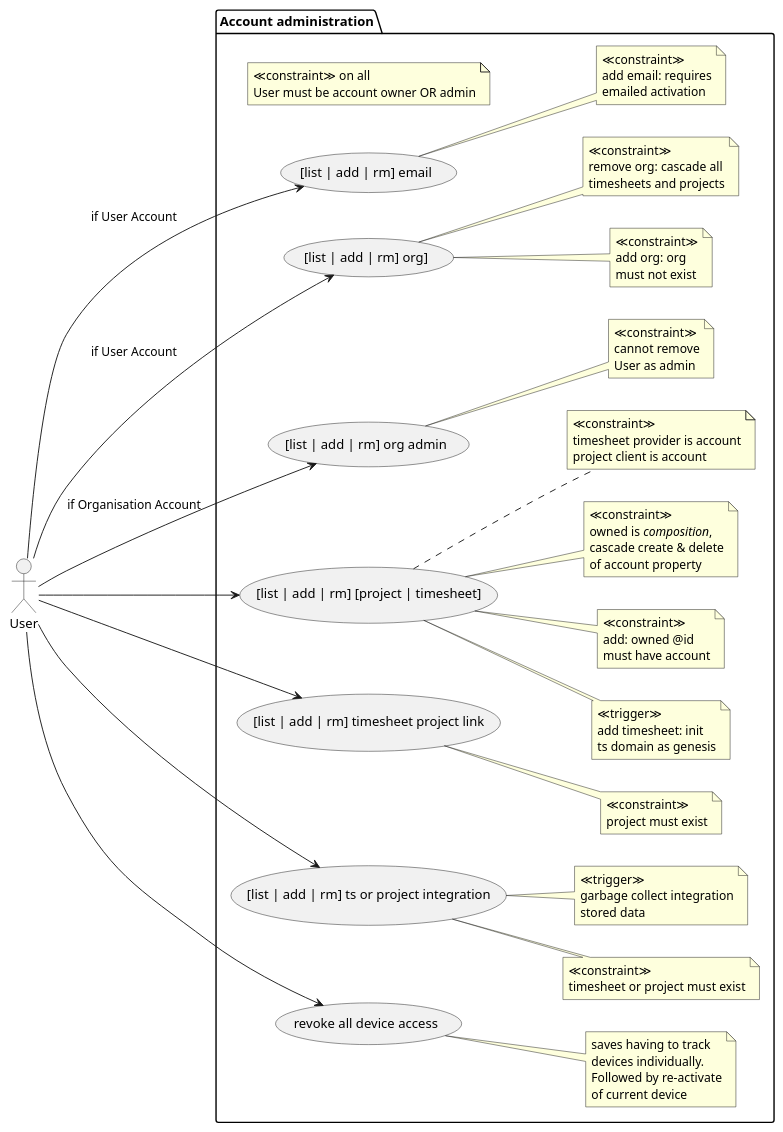
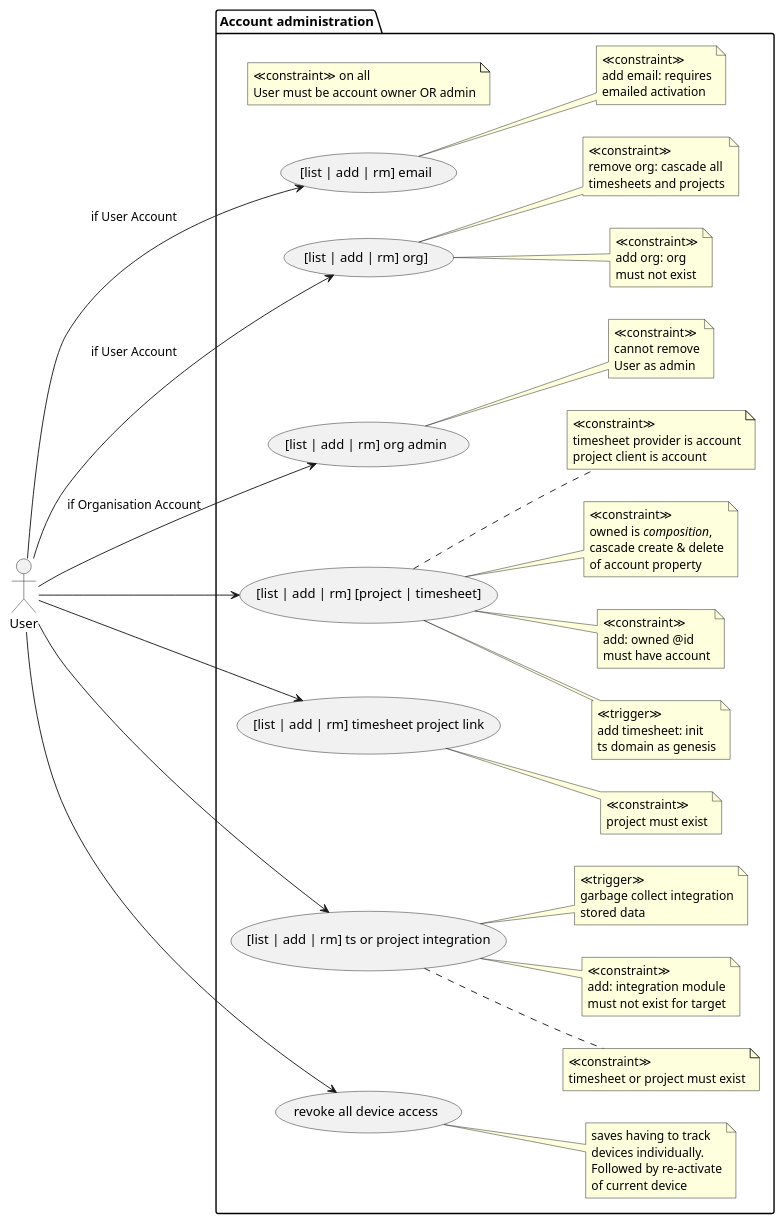
The diagram in architecture/use-case/administration.use-case.puml (m-ld/timeld), drawn with PlantUML before and after one commit. The commit also changed 9 other files, not shown here.

```diff
--- a/architecture/use-case/administration.use-case.puml
+++ b/architecture/use-case/administration.use-case.puml
@@ -1,90 +1,101 @@
 @startuml
 'https://plantuml.com/use-case-diagram
 left to right direction
 
 actor User
 package "Account administration" {
   note "≪constraint≫ on all\nUser must be account owner OR admin" as appliesToAll
 
   usecase userAdminEmail as ([list | add | rm] email)
   User --> userAdminEmail: if User Account
   note right of userAdminEmail
     ' TODO
     ≪constraint≫
     add email: requires
     emailed activation
   end note
 
   usecase userAdminOrg as ([list | add | rm] org])
   User --> userAdminOrg: if User Account
   note right of userAdminOrg
     ≪constraint≫
     add org: org
     must not exist
   end note
+
   note right of userAdminOrg
     ≪constraint≫
     remove org: cascade all
     timesheets and projects
   end note
   usecase orgAdmin as ([list | add | rm] org admin)
   User --> orgAdmin: if Organisation Account
   note right of orgAdmin
     ≪constraint≫
     cannot remove
     User as admin
   end note
 
   usecase ownedAdmin as ([list | add | rm] [project | timesheet])
   User --> ownedAdmin
   note right of ownedAdmin
     ≪trigger≫
     add timesheet: init
     ts domain as genesis
   end note
+
   note right of ownedAdmin
     ≪constraint≫
     add: owned @id
     must have account
   end note
+
   note right of ownedAdmin
     ≪constraint≫
     owned is //composition//,
     cascade create & delete
     of account property
   end note
+
   note right of ownedAdmin
     ≪constraint≫
     timesheet provider is account
     project client is account
   end note
 
   User --> ([list | add | rm] timesheet project link)
   note right
     ≪constraint≫
     project must exist
   end note
 
   usecase integrations as ([list | add | rm] ts or project integration)
   User --> integrations
   note right of integrations
     ≪constraint≫
     timesheet or project must exist
   end note
+
+  note right of integrations
+    ≪constraint≫
+    add: integration module
+    must not exist for target
+  end note
+
   note right of integrations
     ≪trigger≫
     garbage collect integration
     stored data
   end note
 
   ' TODO
   User --> (revoke all device access)
   note right
     saves having to track
     devices individually.
     Followed by re-activate
     of current device
   end note
 }
 
 @enduml
```
